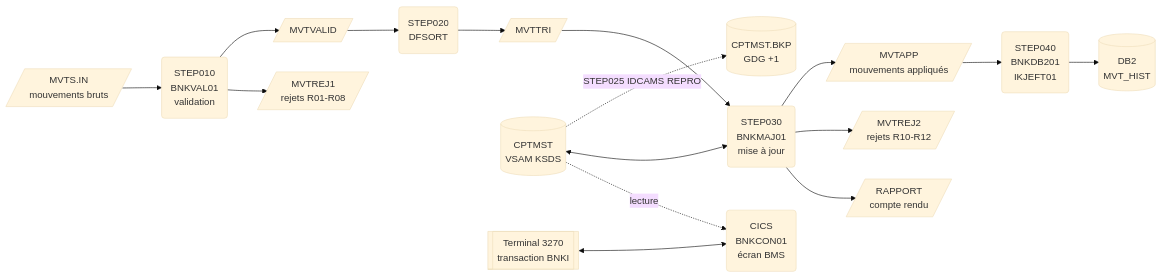
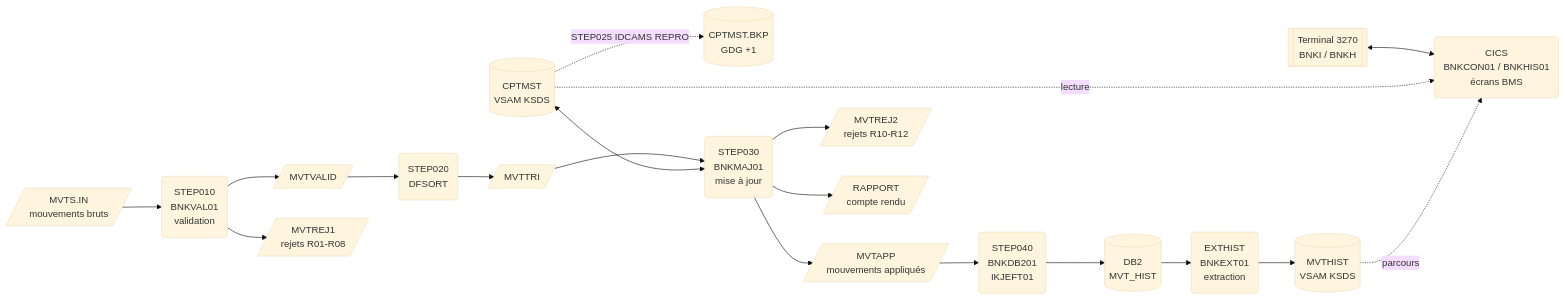
One commit to YbenAD/cobol-bank-batch changed the diagram in README.md. Above: the diagram before and after it, drawn with Mermaid (base theme). The commit also changed other lines of this file and 13 other files, not shown here.

Commit message:
Transaction BNKH : historique paginé (extraction DB2 vers VSAM, browse CICS)

````diff
--- a/README.md
+++ b/README.md
@@ -15,18 +15,21 @@
 ```mermaid
 flowchart LR
     IN[/MVTS.IN<br/>mouvements bruts/] --> VAL(STEP010<br/>BNKVAL01<br/>validation)
     VAL --> OK[/MVTVALID/]
     VAL --> REJ1[/MVTREJ1<br/>rejets R01-R08/]
     OK --> SORT(STEP020<br/>DFSORT)
     SORT --> TRI[/MVTTRI/]
     KSDS[(CPTMST<br/>VSAM KSDS)] -. STEP025 IDCAMS REPRO .-> GDG[(CPTMST.BKP<br/>GDG +1)]
     TRI --> MAJ(STEP030<br/>BNKMAJ01<br/>mise à jour)
     KSDS <--> MAJ
     MAJ --> APP[/MVTAPP<br/>mouvements appliqués/]
     MAJ --> REJ2[/MVTREJ2<br/>rejets R10-R12/]
     MAJ --> RAP[/RAPPORT<br/>compte rendu/]
     APP --> DB2(STEP040<br/>BNKDB201<br/>IKJEFT01)
     DB2 --> HIST[(DB2<br/>MVT_HIST)]
-    T3270[[Terminal 3270<br/>transaction BNKI]] <--> CICS(CICS<br/>BNKCON01<br/>écran BMS)
+    HIST --> EXT(EXTHIST<br/>BNKEXT01<br/>extraction)
+    EXT --> KHIS[(MVTHIST<br/>VSAM KSDS)]
+    T3270[[Terminal 3270<br/>BNKI / BNKH]] <--> CICS(CICS<br/>BNKCON01 / BNKHIS01<br/>écrans BMS)
     KSDS -. lecture .-> CICS
+    KHIS -. parcours .-> CICS
 ```
````
